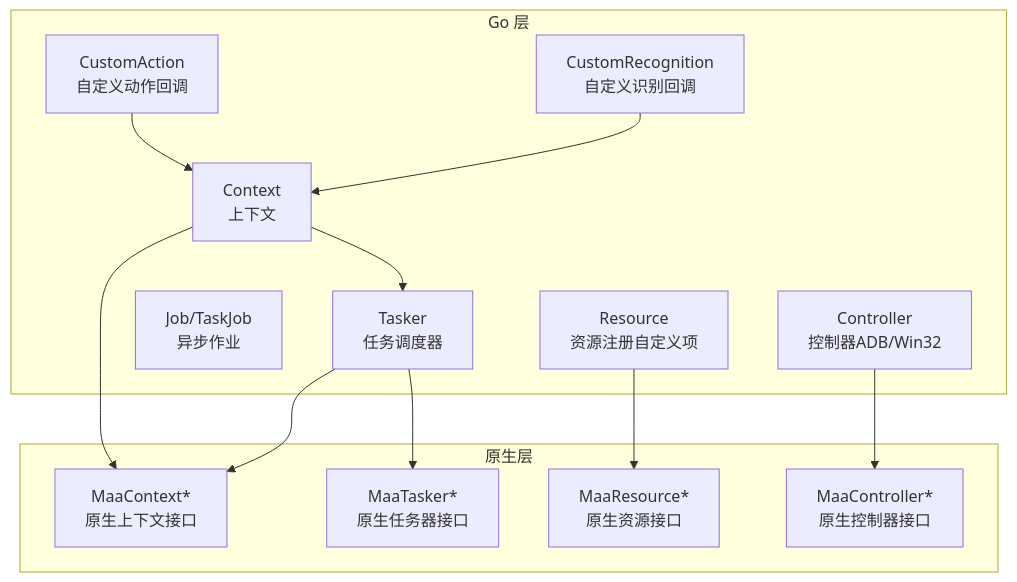
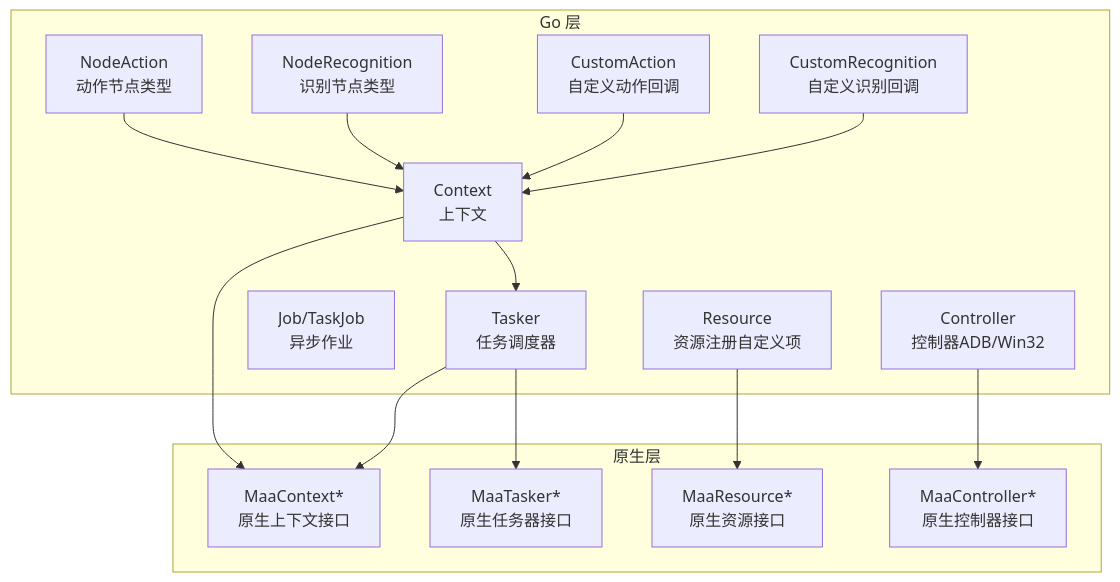
One commit to kqcoxn/MaaPipelineEditor changed the first of 5 diagrams in instructions/maafw-golang-binding/核心概念/执行上下文 (Context).md. Above: the diagram before and after it, drawn with Mermaid. The commit also changed other lines of this file and 10 other files, not shown here.

````diff
--- a/instructions/maafw-golang-binding/核心概念/执行上下文 (Context).md
+++ b/instructions/maafw-golang-binding/核心概念/执行上下文 (Context).md
@@ -52,26 +58,30 @@
 ```mermaid
 graph TB
 subgraph "Go 层"
 Ctx["Context<br/>上下文"]
 Tsk["Tasker<br/>任务调度器"]
 Job["Job/TaskJob<br/>异步作业"]
 CR["CustomRecognition<br/>自定义识别回调"]
 CA["CustomAction<br/>自定义动作回调"]
 Res["Resource<br/>资源注册自定义项"]
 Ctrl["Controller<br/>控制器ADB/Win32"]
+NR["NodeRecognition<br/>识别节点类型"]
+NA["NodeAction<br/>动作节点类型"]
 end
 subgraph "原生层"
 NCtx["MaaContext*<br/>原生上下文接口"]
 NTsk["MaaTasker*<br/>原生任务器接口"]
 NRes["MaaResource*<br/>原生资源接口"]
 NCtl["MaaController*<br/>原生控制器接口"]
 end
 Ctx --> Tsk
 Tsk --> NCtx
 Tsk --> NTsk
 Res --> NRes
 Ctrl --> NCtl
 CR --> Ctx
 CA --> Ctx
 Ctx --> NCtx
+NR --> Ctx
+NA --> Ctx
 ```
````
